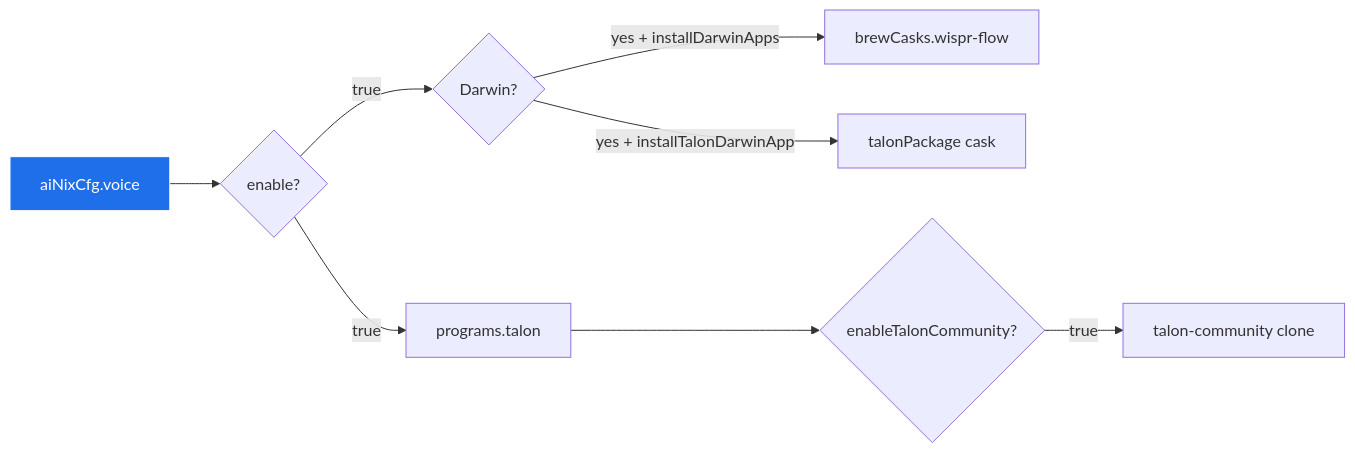
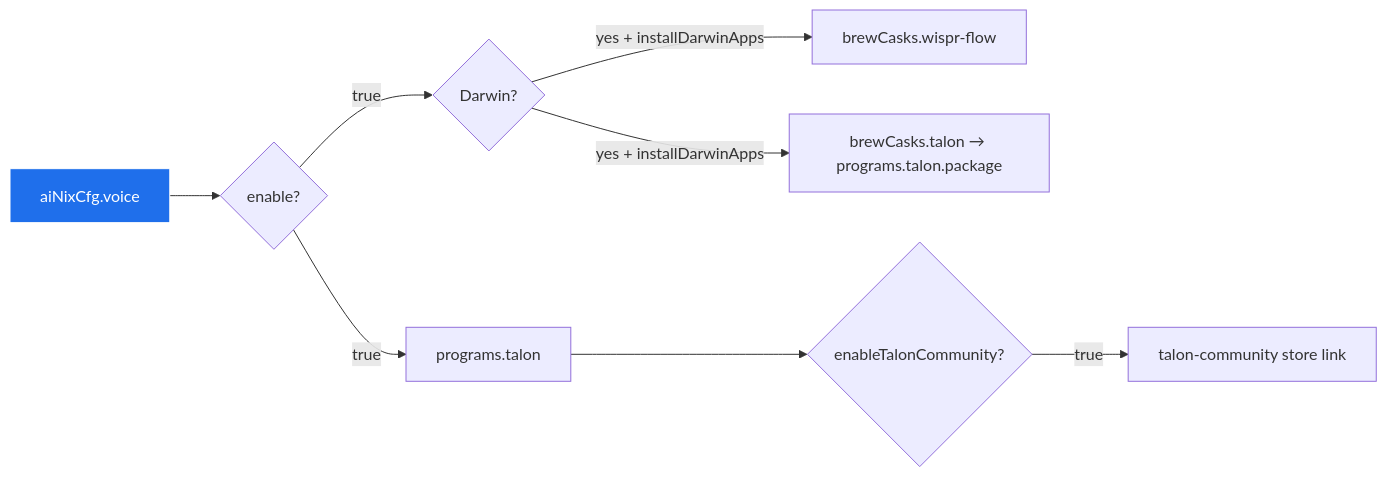
Before and after one commit to DivitMittal/ai-nixCfg: the fourth of 7 diagrams in README.md, drawn with Mermaid. The commit also changed other lines of this file, not shown here.

````diff
--- a/README.md
+++ b/README.md
@@ -559,12 +559,12 @@
 ```mermaid
 graph LR
     V[aiNixCfg.voice] --> E{enable?}
     E -->|true| Talon[programs.talon]
     E -->|true| Darwin{Darwin?}
     Darwin -->|yes + installDarwinApps| WF[brewCasks.wispr-flow]
-    Darwin -->|yes + installTalonDarwinApp| TA[talonPackage cask]
+    Darwin -->|yes + installDarwinApps| TA[brewCasks.talon → programs.talon.package]
     Talon --> TC{enableTalonCommunity?}
-    TC -->|true| TL[talon-community clone]
+    TC -->|true| TL[talon-community store link]
 
     style V fill:#1f6feb,stroke:#fff,color:#fff
 ```
````
